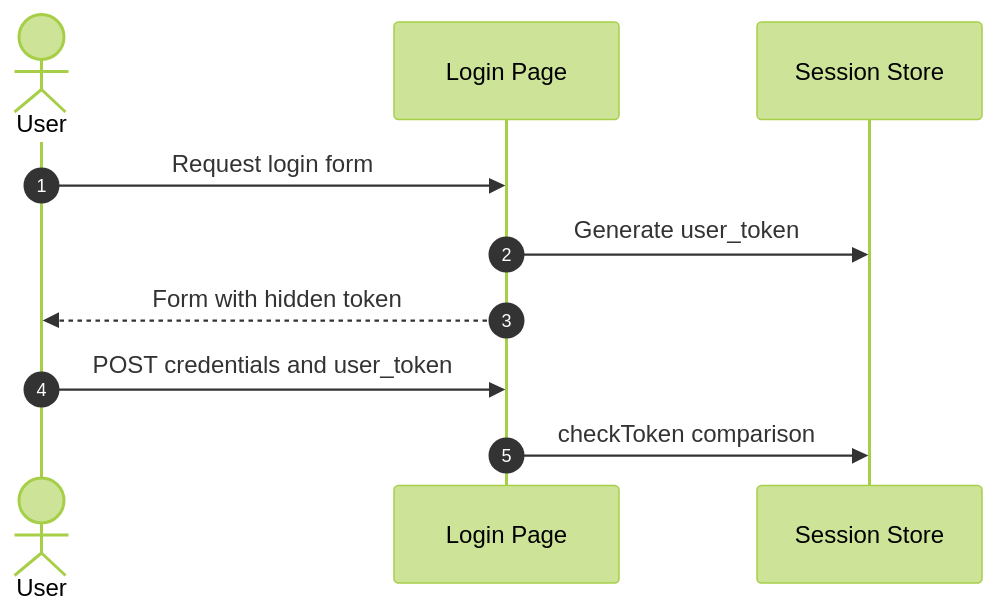
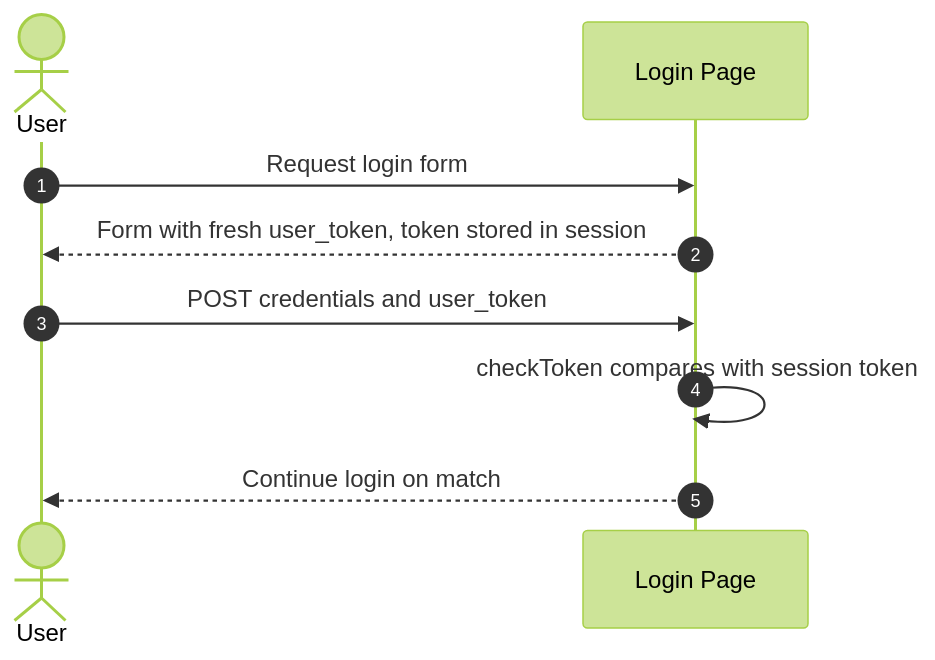
Before and after one commit to appsec-foundry/appsec-analyzer-examples: diagram 13 of 15 in dvwa/security-assessment-dvwa-thorough-0.1.0.md, drawn with Mermaid (forest theme). The commit also changed other lines of this file and 7 other files, not shown here.

````diff
--- a/dvwa/security-assessment-dvwa-thorough-0.1.0.md
+++ b/dvwa/security-assessment-dvwa-thorough-0.1.0.md
@@ -969,12 +895,11 @@
 ```mermaid
 sequenceDiagram
     autonumber
     actor User
-    participant Login as Login Page
-    participant Session as Session Store
-    User->>Login: Request login form
-    Login->>Session: Generate user_token
-    Login-->>User: Form with hidden token
-    User->>Login: POST credentials and user_token
-    Login->>Session: checkToken comparison
+    participant Web as Login Page
+    User->>Web: Request login form
+    Web-->>User: Form with fresh user_token, token stored in session
+    User->>Web: POST credentials and user_token
+    Web->>Web: checkToken compares with session token
+    Web-->>User: Continue login on match
 ```
````
